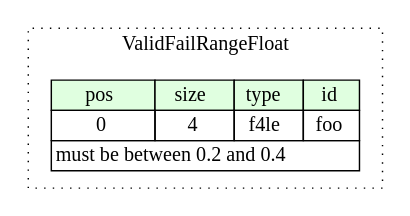
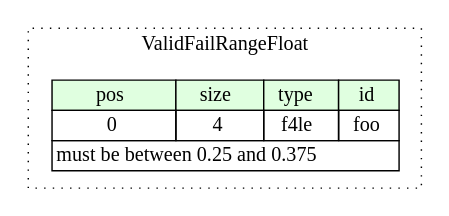
The diagram in compiled/graphviz/valid_fail_range_float.dot (kaitai-io/ci_targets), drawn with Graphviz before and after one commit. The commit also changed 2652 other files, not shown here.

```diff
--- a/compiled/graphviz/valid_fail_range_float.dot
+++ b/compiled/graphviz/valid_fail_range_float.dot
@@ -1,14 +1,14 @@
 digraph {
 	rankdir=LR;
 	node [shape=plaintext];
 	subgraph cluster__valid_fail_range_float {
 		label="ValidFailRangeFloat";
 		graph[style=dotted];
 
 		valid_fail_range_float__seq [label=<<TABLE BORDER="0" CELLBORDER="1" CELLSPACING="0">
 			<TR><TD BGCOLOR="#E0FFE0">pos</TD><TD BGCOLOR="#E0FFE0">size</TD><TD BGCOLOR="#E0FFE0">type</TD><TD BGCOLOR="#E0FFE0">id</TD></TR>
 			<TR><TD PORT="foo_pos">0</TD><TD PORT="foo_size">4</TD><TD>f4le</TD><TD PORT="foo_type">foo</TD></TR>
-			<TR><TD COLSPAN="4" PORT="foo__valid">must be between 0.2 and 0.4</TD></TR>
+			<TR><TD COLSPAN="4" PORT="foo__valid">must be between 0.25 and 0.375</TD></TR>
 		</TABLE>>];
 	}
 }
```
